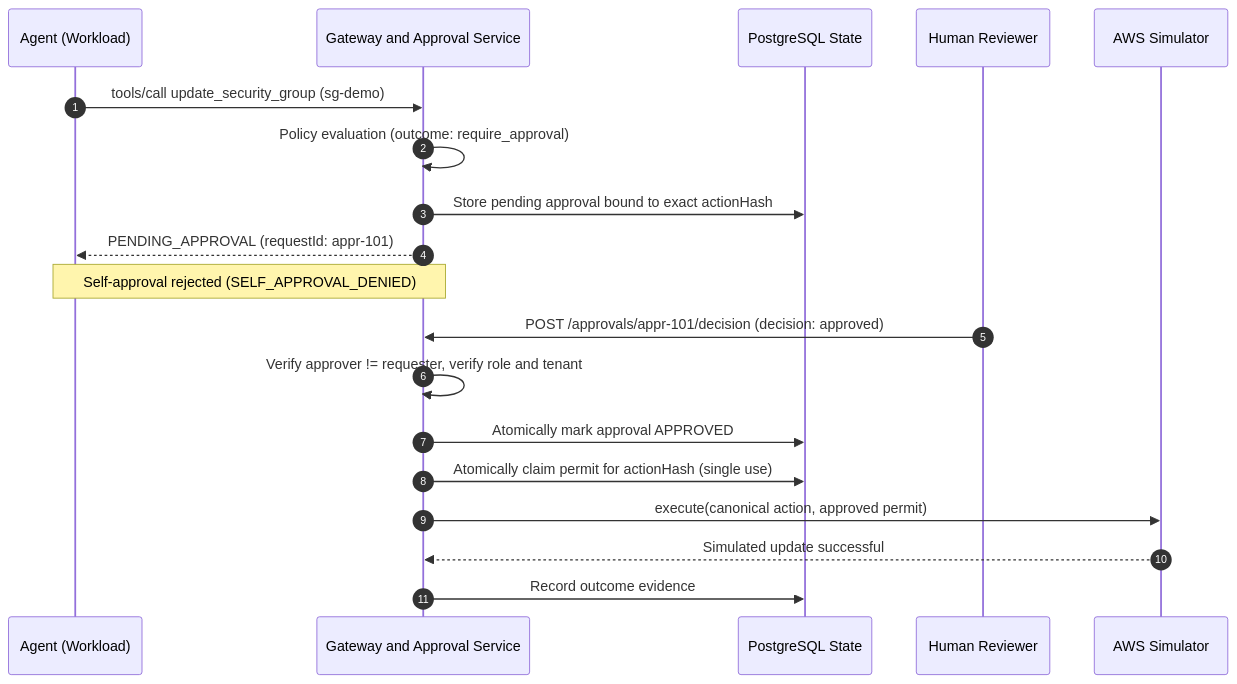
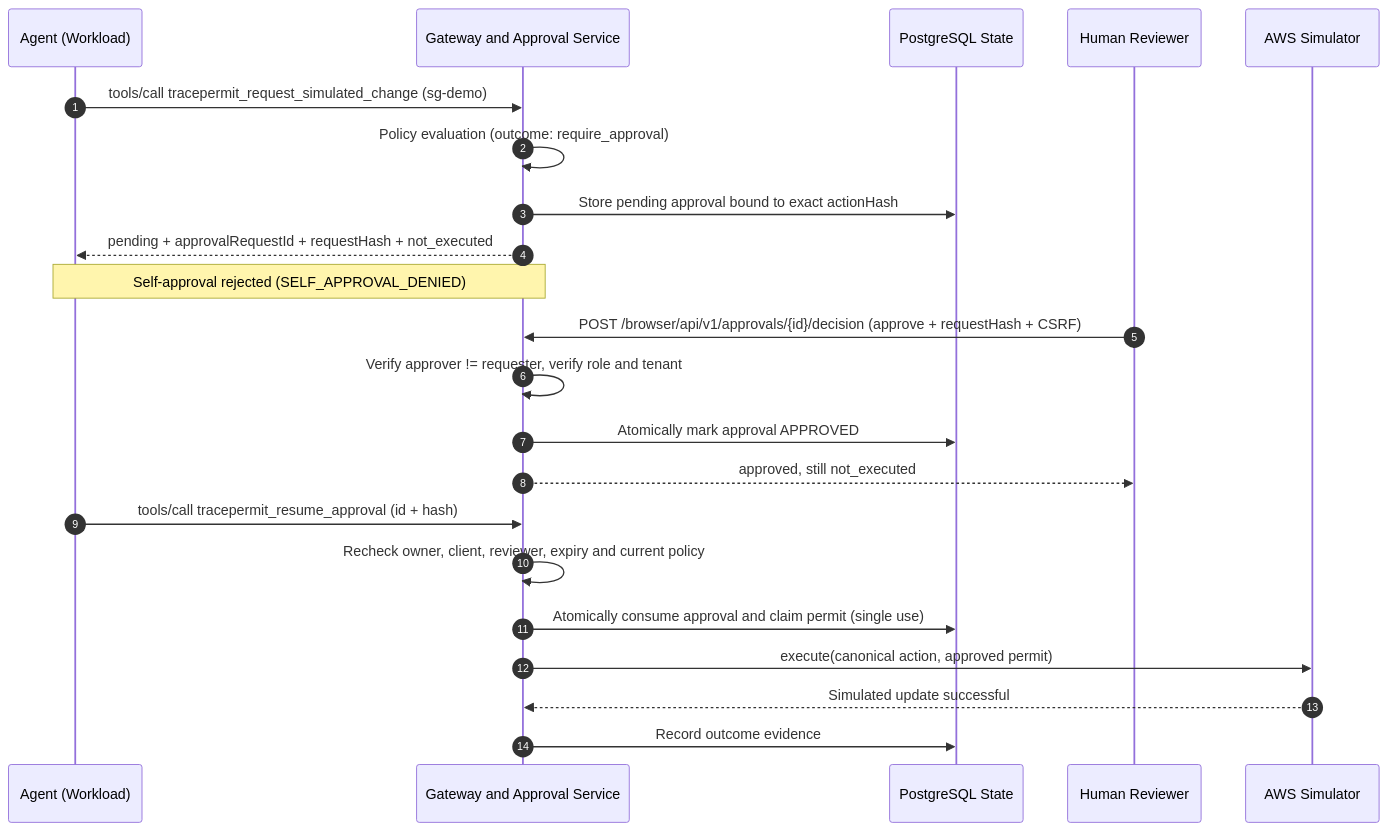
One commit to hemantkgupta/tracepermit changed the fourth of 6 diagrams in docs/flows-guide.md. Above: the diagram before and after it, drawn with Mermaid. The commit also changed other lines of this file and 1 other file, not shown here.

Commit message:
Align public approval flows with explicit requester resume

````diff
--- a/docs/flows-guide.md
+++ b/docs/flows-guide.md
@@ -251,24 +255,27 @@
 ```mermaid
 sequenceDiagram
   autonumber
   participant Agent as Agent (Workload)
   participant Gateway as Gateway and Approval Service
   participant DB as PostgreSQL State
   participant Approver as Human Reviewer
   participant Simulator as AWS Simulator
 
-  Agent->>Gateway: tools/call update_security_group (sg-demo)
+  Agent->>Gateway: tools/call tracepermit_request_simulated_change (sg-demo)
   Gateway->>Gateway: Policy evaluation (outcome: require_approval)
   Gateway->>DB: Store pending approval bound to exact actionHash
-  Gateway-->>Agent: PENDING_APPROVAL (requestId: appr-101)
+  Gateway-->>Agent: pending + approvalRequestId + requestHash + not_executed
 
   Note over Agent,Gateway: Self-approval rejected (SELF_APPROVAL_DENIED)
 
-  Approver->>Gateway: POST /approvals/appr-101/decision (decision: approved)
+  Approver->>Gateway: POST /browser/api/v1/approvals/{id}/decision (approve + requestHash + CSRF)
   Gateway->>Gateway: Verify approver != requester, verify role and tenant
   Gateway->>DB: Atomically mark approval APPROVED
-  Gateway->>DB: Atomically claim permit for actionHash (single use)
+  Gateway-->>Approver: approved, still not_executed
+  Agent->>Gateway: tools/call tracepermit_resume_approval (id + hash)
+  Gateway->>Gateway: Recheck owner, client, reviewer, expiry and current policy
+  Gateway->>DB: Atomically consume approval and claim permit (single use)
   Gateway->>Simulator: execute(canonical action, approved permit)
   Simulator-->>Gateway: Simulated update successful
   Gateway->>DB: Record outcome evidence
 ```
````
